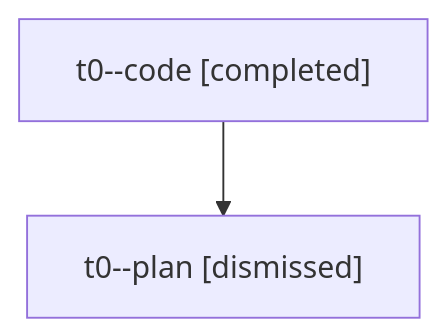
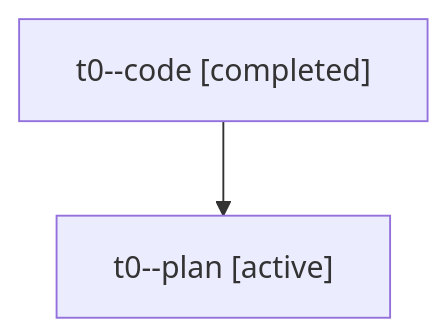
One commit to sase-org/sase--agents changed the diagram in families/bbugyi200.athena.t0.md. Above: the diagram before and after it, drawn with Mermaid. The commit also changed other lines of this file and 4556 other files, not shown here.

````diff
--- a/families/bbugyi200.athena.t0.md
+++ b/families/bbugyi200.athena.t0.md
@@ -9,6 +9,6 @@
 ```mermaid
 flowchart TD
   n0["t0--code [completed]"]
-  n1["t0--plan [dismissed]"]
+  n1["t0--plan [active]"]
   n0 --> n1
 ```
````
